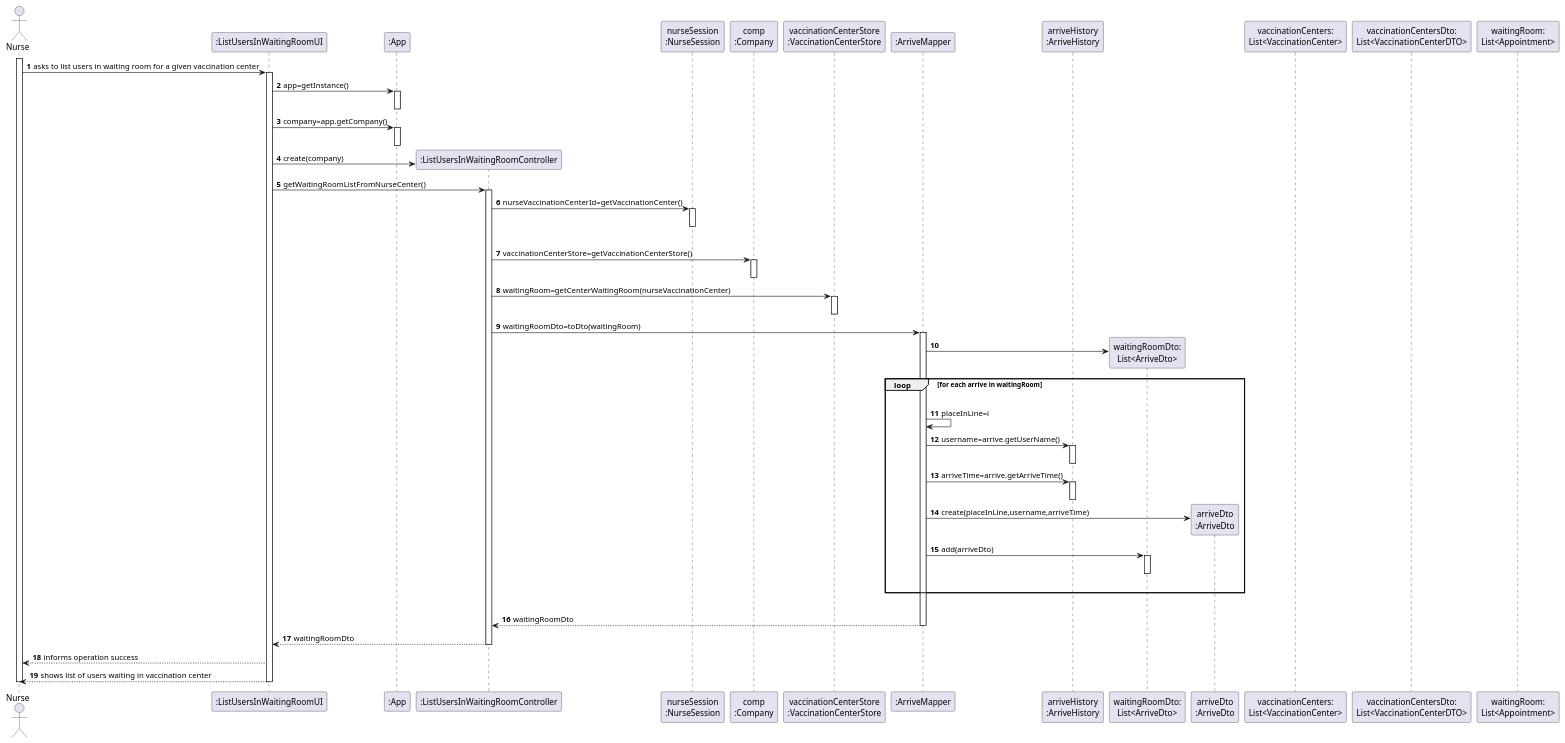
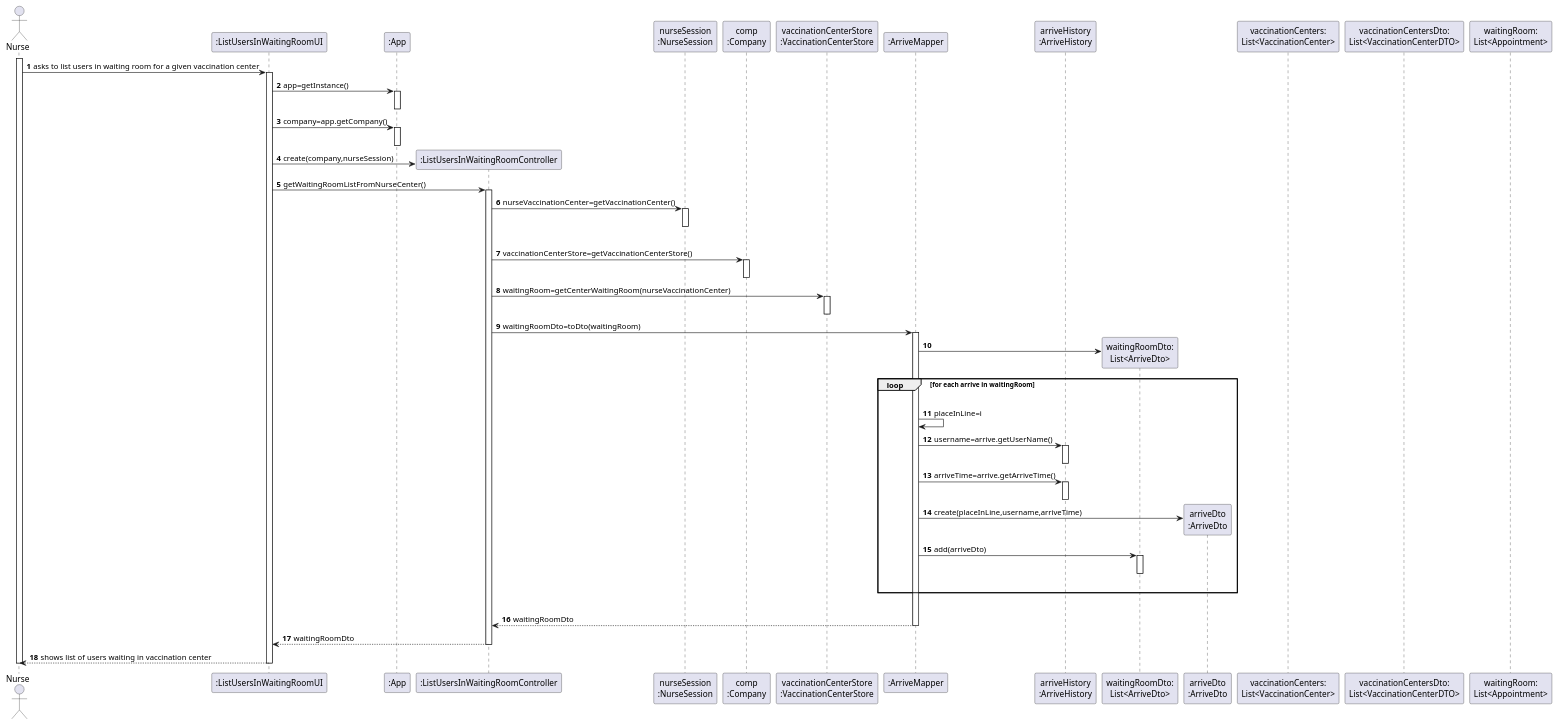
One commit to miseEnPlace-i/lapr2 changed the diagram in docs/SprintC/US05/SD/US05_SD.puml. Above: the diagram before and after it, drawn with PlantUML. The commit also changed 8 other files, not shown here.

```diff
--- a/docs/SprintC/US05/SD/US05_SD.puml
+++ b/docs/SprintC/US05/SD/US05_SD.puml
@@ -1,92 +1,91 @@
 @startuml
 autonumber
 'hide footbox
 actor "Nurse" as NURSE
 
 participant ":ListUsersInWaitingRoomUI" as UI
 activate NURSE
 NURSE -> UI : asks to list users in waiting room for a given vaccination center
 activate UI
 participant ":App" as APP
 UI -> APP : app=getInstance()
 activate APP
 deactivate APP
 UI -> APP : company=app.getCompany()
 activate APP
 deactivate APP
 
 create ":ListUsersInWaitingRoomController" as CTRL
 
-UI -> CTRL : create(company)
+UI -> CTRL : create(company,nurseSession)
 
 participant "nurseSession\n:NurseSession" as FAC
 participant "comp\n:Company" as COMP
 participant "vaccinationCenterStore\n:VaccinationCenterStore" as VACS
 participant ":ArriveMapper" as ARRM
 participant "arriveHistory\n:ArriveHistory" as ARR
 participant "arrive:Arrive" as ARR
 
 
 UI -> CTRL : getWaitingRoomListFromNurseCenter()
 activate CTRL
-CTRL -> FAC : nurseVaccinationCenterId=getVaccinationCenter()
+CTRL -> FAC : nurseVaccinationCenter=getVaccinationCenter()
 activate FAC
 deactivate FAC
 |||
 
 CTRL -> COMP : vaccinationCenterStore=getVaccinationCenterStore()
 activate COMP
 deactivate
 
 CTRL -> VACS : waitingRoom=getCenterWaitingRoom(nurseVaccinationCenter)
 activate VACS
 deactivate VACS
 
 CTRL -> ARRM : waitingRoomDto=toDto(waitingRoom)
 activate ARRM
 
 create "waitingRoomDto:\nList<ArriveDto>" as WAITDTO
 
 ARRM -> WAITDTO
 
 loop for each arrive in waitingRoom
 |||
   ARRM -> ARRM : placeInLine=i
   ARRM -> ARR : username=arrive.getUserName()
   activate ARR
   deactivate ARR
   ARRM -> ARR : arriveTime=arrive.getArriveTime()
   activate ARR
   deactivate ARR
 
   create "arriveDto\n:ArriveDto" as APODTO
   ARRM -> APODTO : create(placeInLine,username,arriveTime)
 
   ARRM -> WAITDTO : add(arriveDto)
   activate WAITDTO
   deactivate WAITDTO
 |||
 end
 
 |||
 ARRM --> CTRL : waitingRoomDto 
 
 deactivate ARRM
 
 CTRL --> UI: waitingRoomDto
 
 deactivate COMP
 deactivate CTRL
-UI --> NURSE : informs operation success
 UI --> NURSE: shows list of users waiting in vaccination center
 deactivate UI
 
 deactivate UI
 deactivate CTRL
 deactivate NURSE
 
 participant "vaccinationCenters:\nList<VaccinationCenter>"
 participant "vaccinationCentersDto:\nList<VaccinationCenterDTO>"
 participant "waitingRoom:\nList<Appointment>"
 
 @enduml
```
